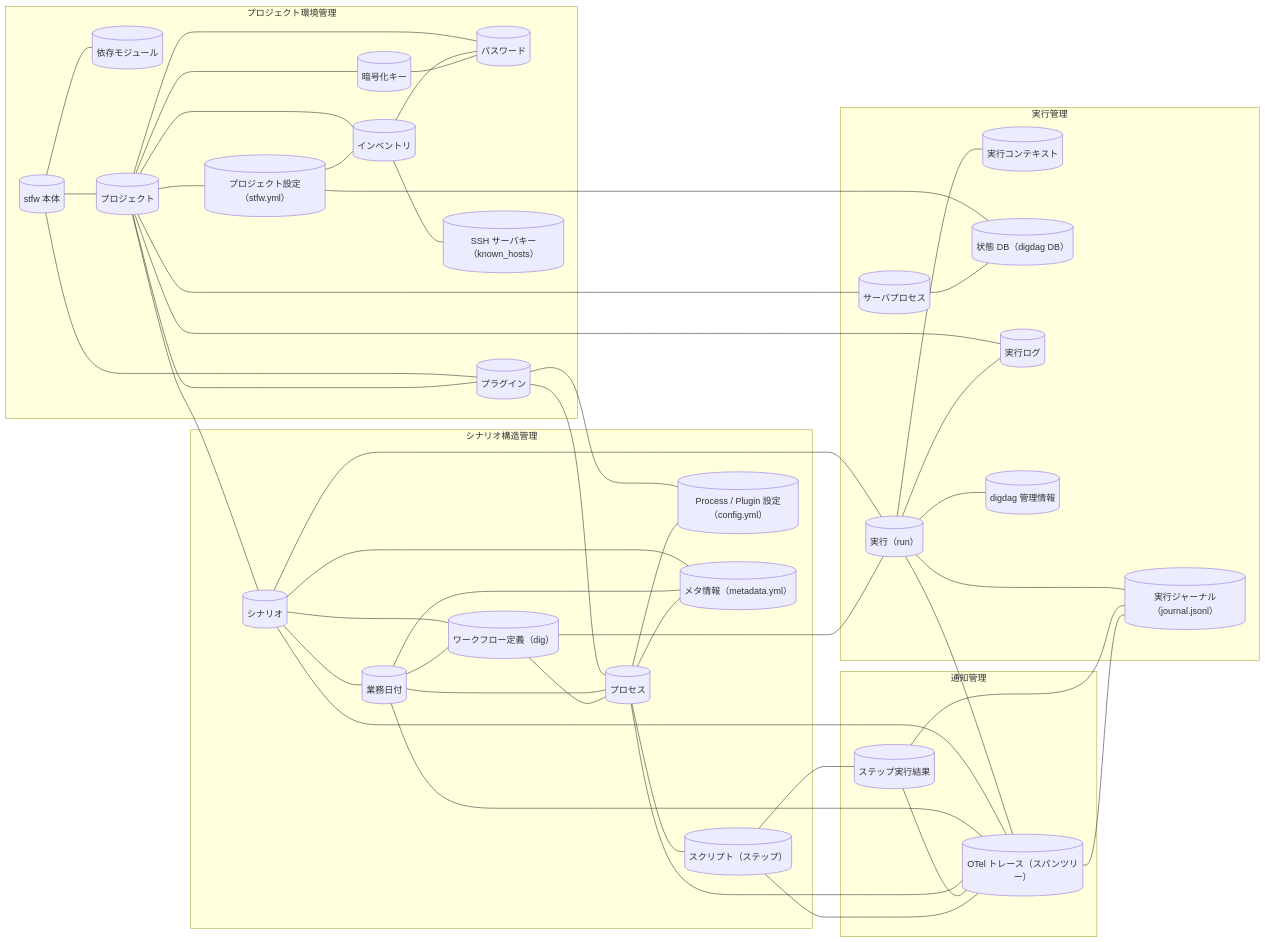
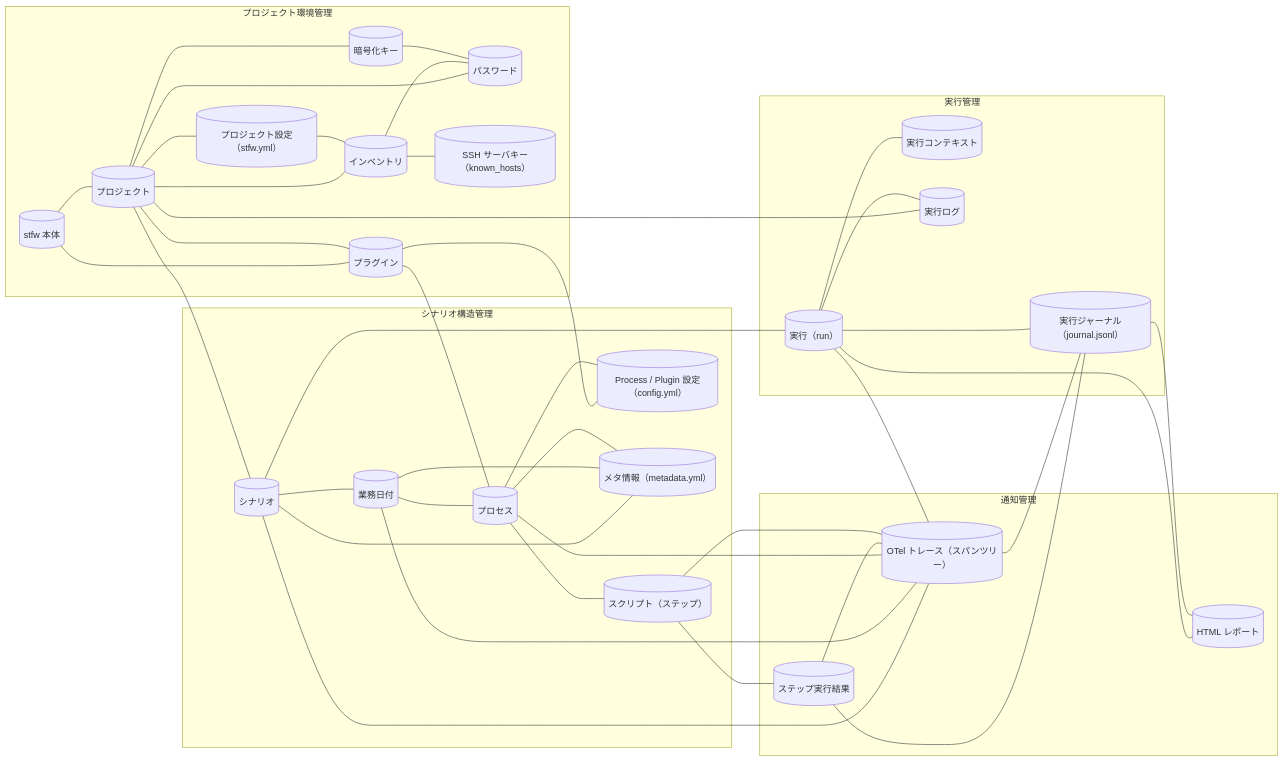
One commit to scenario-test-framework/stfw changed the diagram in docs/rdra/latest/views/05_情報モデル.md. Above: the diagram before and after it, drawn with Mermaid. The commit also changed other lines of this file and 22 other files, not shown here.

First line of the commit message:
docs(requirements): v1.0 リアーキテクティングを USDM/RDRA に反映 (event: 20260708_084933_v1_rearchitecting)

````diff
--- a/docs/rdra/latest/views/05_情報モデル.md
+++ b/docs/rdra/latest/views/05_情報モデル.md
@@ -7,80 +7,69 @@
 ```mermaid
 graph LR
   subgraph CX1["プロジェクト環境管理"]
     IF1[("stfw 本体")]
-    IF2[("依存モジュール")]
-    IF3[("プロジェクト")]
-    IF4[("プロジェクト設定（stfw.yml）")]
-    IF5[("インベントリ")]
-    IF6[("暗号化キー")]
-    IF7[("パスワード")]
-    IF8[("プラグイン")]
-    IF9[("SSH サーバキー（known_hosts）")]
+    IF2[("プロジェクト")]
+    IF3[("プロジェクト設定（stfw.yml）")]
+    IF4[("インベントリ")]
+    IF5[("暗号化キー")]
+    IF6[("パスワード")]
+    IF7[("プラグイン")]
+    IF8[("SSH サーバキー（known_hosts）")]
   end
   subgraph CX2["シナリオ構造管理"]
-    IF10[("シナリオ")]
-    IF11[("業務日付")]
-    IF12[("プロセス")]
-    IF13[("スクリプト（ステップ）")]
-    IF14[("Process / Plugin 設定（config.yml）")]
-    IF15[("メタ情報（metadata.yml）")]
-    IF16[("ワークフロー定義（dig）")]
+    IF9[("シナリオ")]
+    IF10[("業務日付")]
+    IF11[("プロセス")]
+    IF12[("スクリプト（ステップ）")]
+    IF13[("Process / Plugin 設定（config.yml）")]
+    IF14[("メタ情報（metadata.yml）")]
   end
   subgraph CX3["実行管理"]
-    IF17[("実行（run）")]
-    IF18[("実行コンテキスト")]
-    IF19[("サーバプロセス")]
-    IF20[("状態 DB（digdag DB）")]
-    IF21[("実行ログ")]
-    IF22[("digdag 管理情報")]
-    IF23[("実行ジャーナル（journal.jsonl）")]
+    IF15[("実行（run）")]
+    IF16[("実行コンテキスト")]
+    IF17[("実行ログ")]
+    IF18[("実行ジャーナル（journal.jsonl）")]
   end
   subgraph CX4["通知管理"]
-    IF24[("ステップ実行結果")]
-    IF25[("OTel トレース（スパンツリー）")]
+    IF19[("ステップ実行結果")]
+    IF20[("OTel トレース（スパンツリー）")]
+    IF21[("HTML レポート")]
   end
+  IF1 --- IF7
   IF1 --- IF2
-  IF1 --- IF8
-  IF1 --- IF3
+  IF2 --- IF3
+  IF2 --- IF9
+  IF2 --- IF4
+  IF2 --- IF5
+  IF2 --- IF6
+  IF2 --- IF7
+  IF2 --- IF17
   IF3 --- IF4
-  IF3 --- IF10
-  IF3 --- IF5
-  IF3 --- IF6
-  IF3 --- IF7
-  IF3 --- IF8
-  IF3 --- IF21
-  IF3 --- IF19
-  IF4 --- IF5
-  IF4 --- IF20
-  IF5 --- IF7
-  IF5 --- IF9
-  IF6 --- IF7
-  IF8 --- IF12
-  IF8 --- IF14
+  IF4 --- IF6
+  IF4 --- IF8
+  IF5 --- IF6
+  IF7 --- IF11
+  IF7 --- IF13
+  IF9 --- IF10
+  IF9 --- IF14
+  IF9 --- IF15
+  IF9 --- IF20
   IF10 --- IF11
-  IF10 --- IF16
-  IF10 --- IF15
-  IF10 --- IF17
-  IF10 --- IF25
+  IF10 --- IF14
+  IF10 --- IF20
   IF11 --- IF12
-  IF11 --- IF16
-  IF11 --- IF15
-  IF11 --- IF25
-  IF12 --- IF13
-  IF12 --- IF14
-  IF12 --- IF15
-  IF12 --- IF25
-  IF13 --- IF24
-  IF16 --- IF12
-  IF16 --- IF17
-  IF17 --- IF18
-  IF17 --- IF23
-  IF17 --- IF25
-  IF17 --- IF22
-  IF17 --- IF21
+  IF11 --- IF13
+  IF11 --- IF14
+  IF11 --- IF20
+  IF12 --- IF19
+  IF15 --- IF16
+  IF15 --- IF18
+  IF15 --- IF20
+  IF15 --- IF21
+  IF15 --- IF17
   IF19 --- IF20
-  IF24 --- IF25
-  IF24 --- IF23
-  IF25 --- IF23
-  IF25 --- IF13
+  IF19 --- IF18
+  IF20 --- IF18
+  IF20 --- IF12
+  IF18 --- IF21
 ```
````
